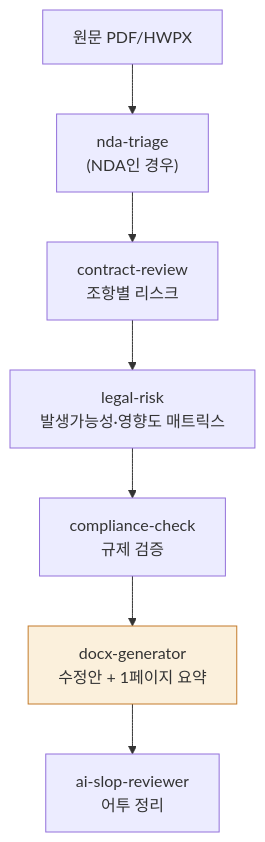
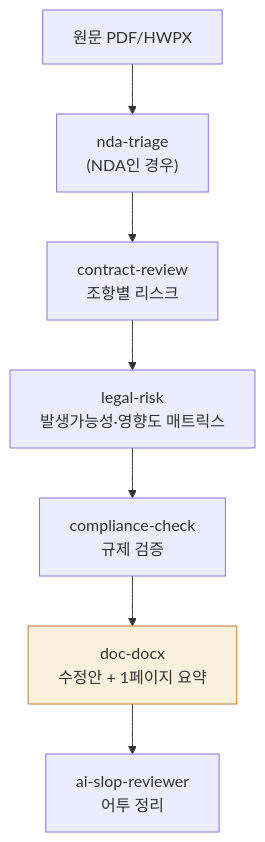
Before and after one commit to modu-ai/cowork-plugins: the sixth of 6 diagrams in www/content/cookbook/contract-review.md, drawn with Mermaid. The commit also changed other lines of this file and 45 other files, not shown here.

First line of the commit message:
docs(www): 스킬명 정합 + 깨진 링크 수정 + mermaid 보강

````diff
--- a/www/content/cookbook/contract-review.md
+++ b/www/content/cookbook/contract-review.md
@@ -177,10 +177,10 @@
 ```mermaid
 flowchart TD
    A["원문 PDF/HWPX"] --> B["nda-triage<br/>(NDA인 경우)"]
    B --> C["contract-review<br/>조항별 리스크"]
    C --> D["legal-risk<br/>발생가능성·영향도 매트릭스"]
    D --> E["compliance-check<br/>규제 검증"]
-   E --> F["docx-generator<br/>수정안 + 1페이지 요약"]
+   E --> F["doc-docx<br/>수정안 + 1페이지 요약"]
    F --> G["ai-slop-reviewer<br/>어투 정리"]
    style F fill:#fbf0dc,stroke:#c47b2a
 ```
````
